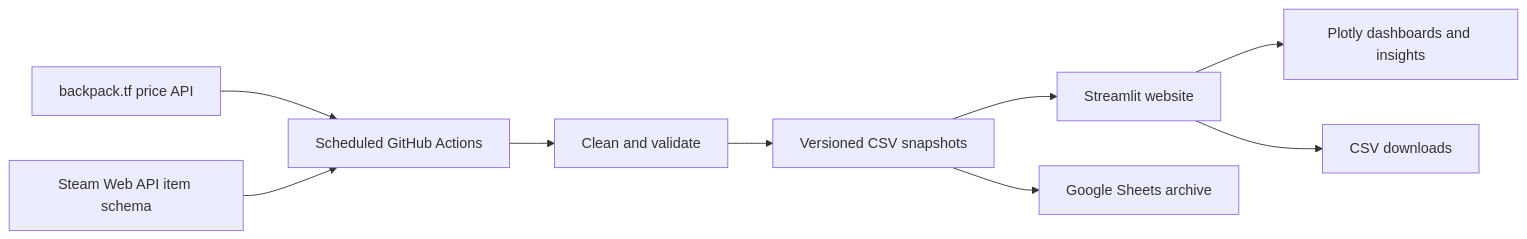
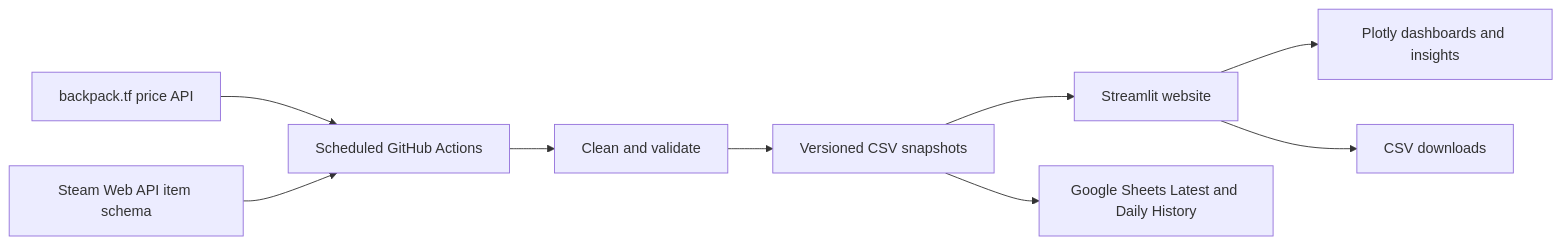
The diagram in README.md (isaacfoojx-byte/TF2-market-analyser), drawn with Mermaid before and after one commit. The commit also changed other lines of this file and 18 other files, not shown here.

````diff
--- a/README.md
+++ b/README.md
@@ -48,11 +48,11 @@
 ```mermaid
 flowchart LR
     B[backpack.tf price API] --> A[Scheduled GitHub Actions]
     S[Steam Web API item schema] --> A
     A --> V[Clean and validate]
     V --> C[Versioned CSV snapshots]
     C --> W[Streamlit website]
-    C --> G[Google Sheets archive]
+    C --> G[Google Sheets Latest and Daily History]
     W --> P[Plotly dashboards and insights]
     W --> D[CSV downloads]
 ```
````
